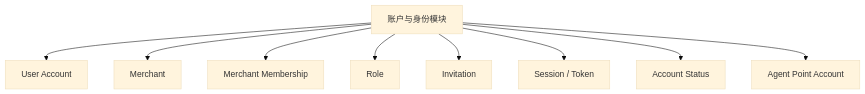
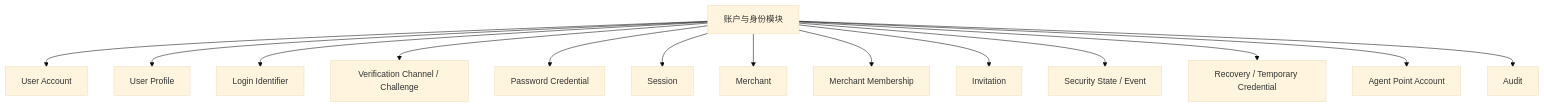
One commit to sxyq/mastergoods changed the first of 2 diagrams in docs/system-design/01-账户与身份/账户与身份模块.md. Above: the diagram before and after it, drawn with Mermaid (base theme). The commit also changed other lines of this file and 10 other files, not shown here.

Commit message:
docs(system-design): expand account identity security design

````diff
--- a/docs/system-design/01-账户与身份/账户与身份模块.md
+++ b/docs/system-design/01-账户与身份/账户与身份模块.md
@@ -8,13 +31,18 @@
 ```mermaid
 flowchart TD
-    A[账户与身份模块]
+    IAM[账户与身份模块]
 
-    A --> U[User Account]
-    A --> M[Merchant]
-    A --> MM[Merchant Membership]
-    A --> R[Role]
-    A --> INV[Invitation]
-    A --> SESSION[Session / Token]
-    A --> STATUS[Account Status]
-    A --> POINT[Agent Point Account]
+    IAM --> USER[User Account]
+    IAM --> PROFILE[User Profile]
+    IAM --> IDENTIFIER[Login Identifier]
+    IAM --> VERIFY[Verification Channel / Challenge]
+    IAM --> PASSWORD[Password Credential]
+    IAM --> SESSION[Session]
+    IAM --> MERCHANT[Merchant]
+    IAM --> MEMBER[Merchant Membership]
+    IAM --> INVITE[Invitation]
+    IAM --> SECURITY[Security State / Event]
+    IAM --> RECOVERY[Recovery / Temporary Credential]
+    IAM --> POINT[Agent Point Account]
+    IAM --> AUDIT[Audit]
 ```
````
